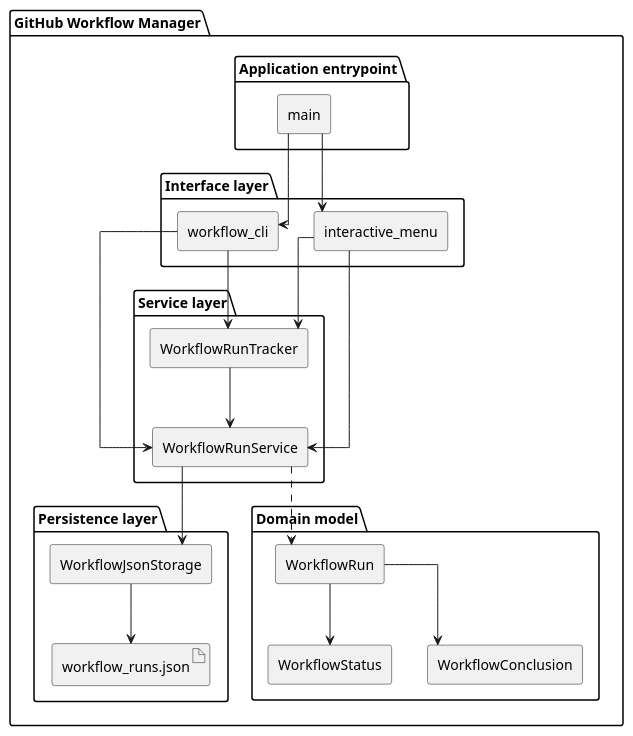
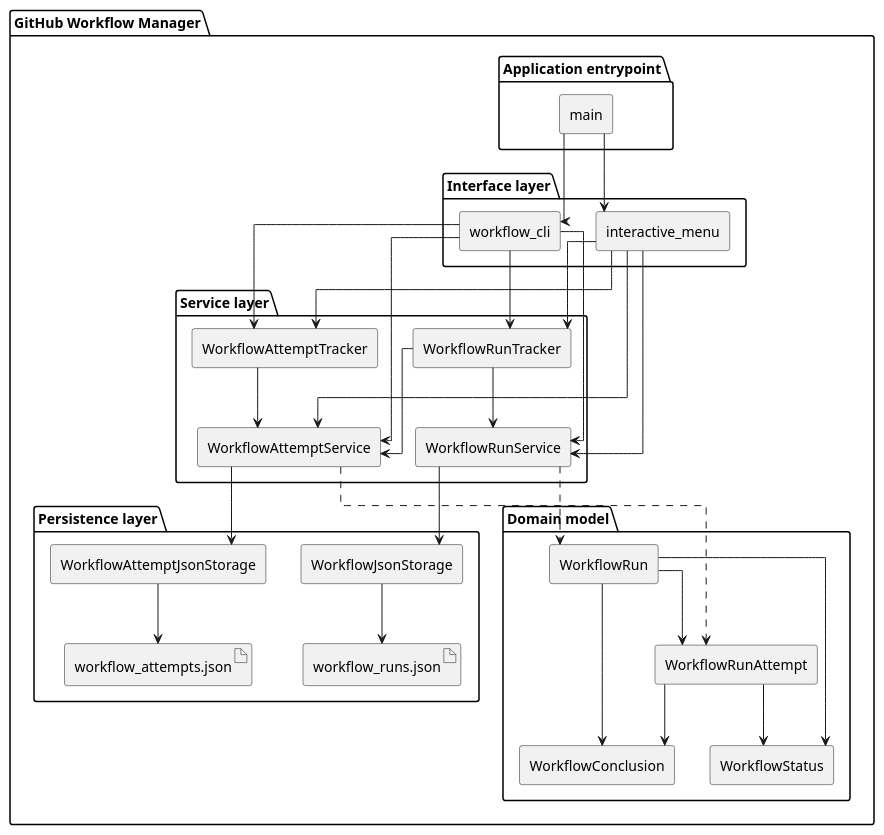
The diagram in experiments/pipeline/structured_text/github-workflow-manager/artifacts/component_diagram.puml (DanielRiha8906/Software_autoevolution_using_agents), drawn with PlantUML before and after one commit. The commit also changed 18 other files, not shown here.

```diff
--- a/experiments/pipeline/structured_text/github-workflow-manager/artifacts/component_diagram.puml
+++ b/experiments/pipeline/structured_text/github-workflow-manager/artifacts/component_diagram.puml
@@ -1,52 +1,70 @@
 @startuml component_diagram
 
 skinparam componentStyle rectangle
 skinparam linetype ortho
 top to bottom direction
 
 package "GitHub Workflow Manager" {
 
   package "Application entrypoint" {
     component "main" as MAIN
   }
 
   package "Interface layer" {
     component "workflow_cli" as CLI
     component "interactive_menu" as IM
   }
 
   package "Service layer" {
     component "WorkflowRunTracker" as TRACKER
+    component "WorkflowAttemptTracker" as ATRACKER
     component "WorkflowRunService" as SVC
+    component "WorkflowAttemptService" as ASVC
   }
 
   package "Persistence layer" {
     component "WorkflowJsonStorage" as STOR
+    component "WorkflowAttemptJsonStorage" as ASTOR
     artifact "workflow_runs.json" as JSON_FILE
+    artifact "workflow_attempts.json" as AJSON_FILE
   }
 
   package "Domain model" {
     component "WorkflowRun" as RUN
+    component "WorkflowRunAttempt" as ATTEMPT
     component "WorkflowStatus" as STATUS
     component "WorkflowConclusion" as CONCLUSION
   }
 }
 
 MAIN --> CLI
 MAIN --> IM
 
 CLI --> TRACKER
 IM --> TRACKER
+CLI --> ATRACKER
+IM --> ATRACKER
 
 CLI --> SVC
 IM --> SVC
+CLI --> ASVC
+IM --> ASVC
 
 TRACKER --> SVC
+TRACKER --> ASVC
+ATRACKER --> ASVC
 SVC --> STOR
+ASVC --> ASTOR
 STOR --> JSON_FILE
+ASTOR --> AJSON_FILE
 
 SVC ..> RUN
 RUN --> STATUS
 RUN --> CONCLUSION
+RUN --> ATTEMPT
+
+ASVC ..> ATTEMPT
+ATTEMPT --> STATUS
+ATTEMPT --> CONCLUSION
 
 @enduml
```
